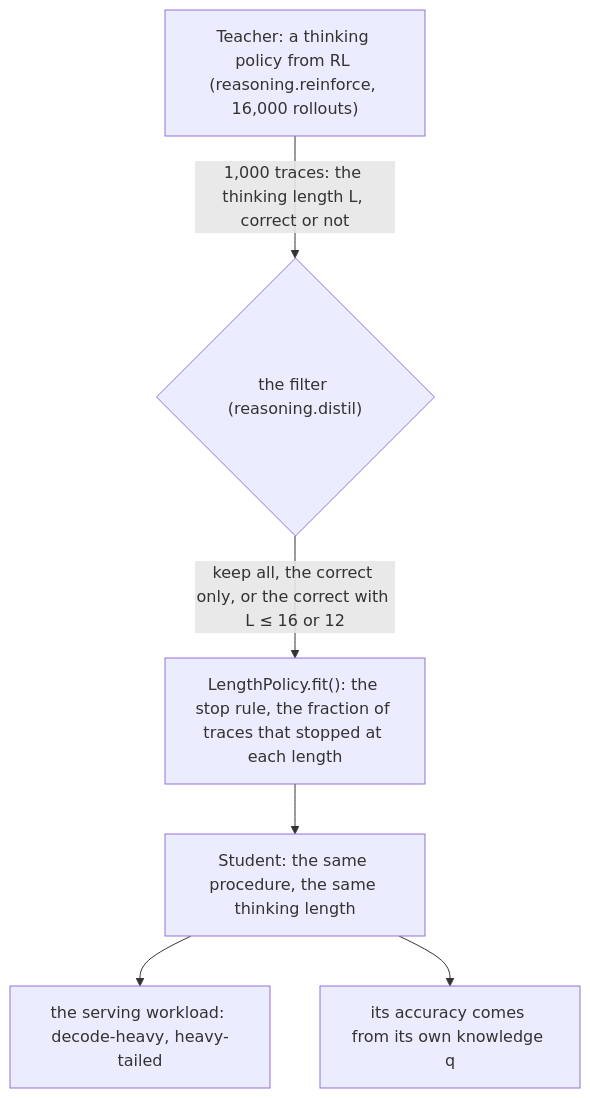
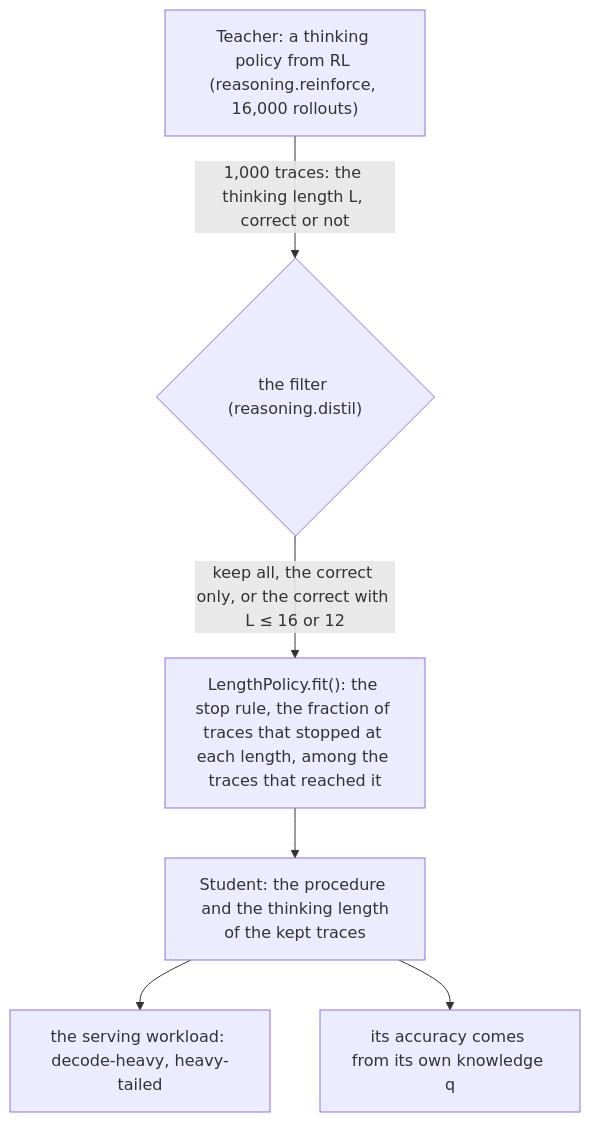
One commit to aniryou/full-stack-agentic-engineer changed the second of 2 diagrams in 00-foundations/distillation/PRIMER.md. Above: the diagram before and after it, drawn with Mermaid. The commit also changed other lines of this file and 39 other files, not shown here.

````diff
--- a/00-foundations/distillation/PRIMER.md
+++ b/00-foundations/distillation/PRIMER.md
@@ -498,8 +498,8 @@
 ```mermaid
 flowchart TB
   T["Teacher: a thinking policy from RL (reasoning.reinforce, 16,000 rollouts)"] -->|"1,000 traces: the thinking length L, correct or not"| F{"the filter (reasoning.distil)"}
-  F -->|"keep all, the correct only, or the correct with L ≤ 16 or 12"| M["LengthPolicy.fit(): the stop rule, the fraction of traces that stopped at each length"]
-  M --> S["Student: the same procedure, the same thinking length"]
+  F -->|"keep all, the correct only, or the correct with L ≤ 16 or 12"| M["LengthPolicy.fit(): the stop rule, the fraction of traces that stopped at each length, among the traces that reached it"]
+  M --> S["Student: the procedure and the thinking length<br/>of the kept traces"]
   S --> W["the serving workload: decode-heavy, heavy-tailed"]
   S --> K["its accuracy comes from its own knowledge q"]
 ```
````
